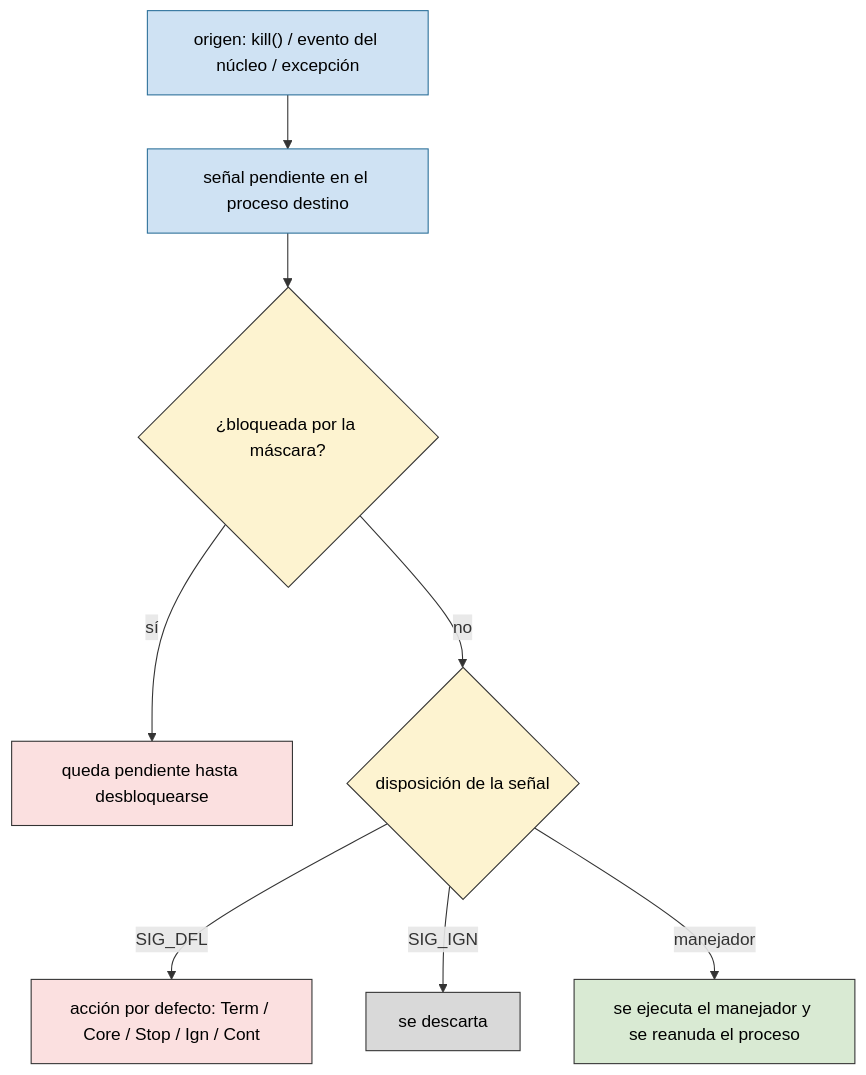
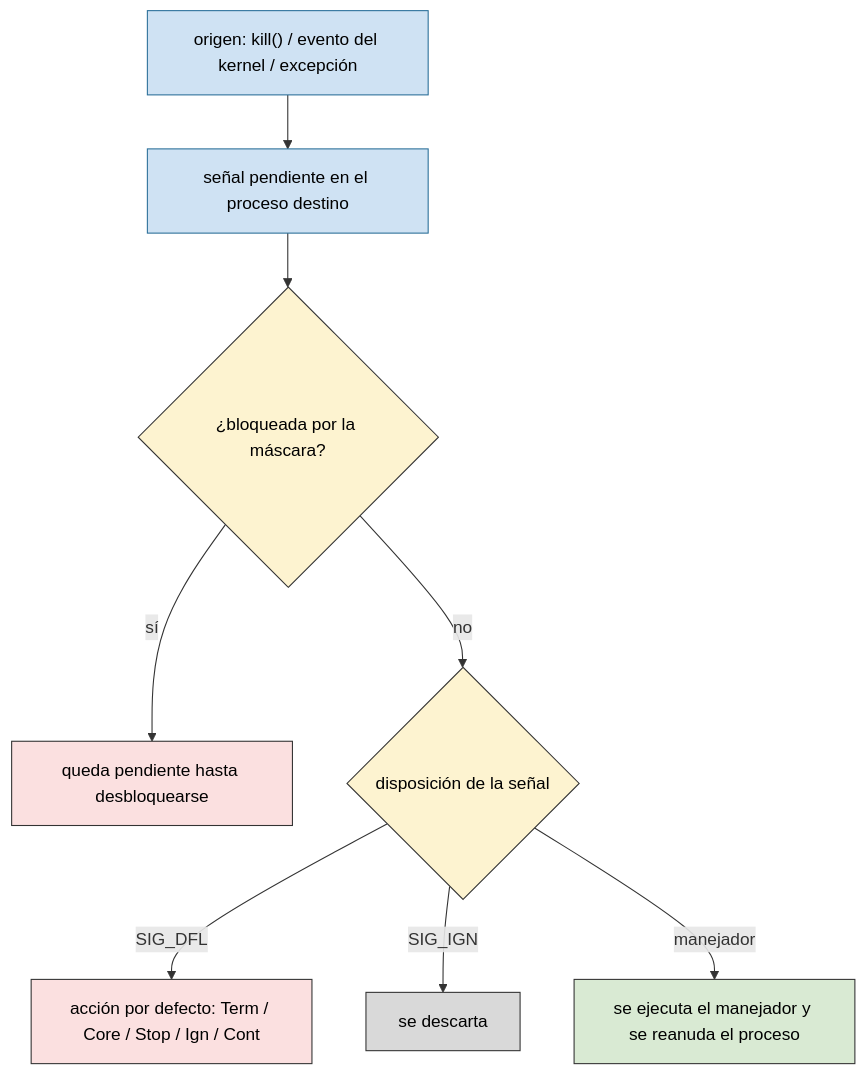
The second of 5 diagrams in TEORIA/08-ipc-senales/README.md (asiermarzo/ssoo), drawn with Mermaid before and after one commit. The commit also changed other lines of this file and 18 other files, not shown here.

````diff
--- a/TEORIA/08-ipc-senales/README.md
+++ b/TEORIA/08-ipc-senales/README.md
@@ -34,21 +34,21 @@
 ```mermaid
 flowchart TD
-    SRC["origen: kill() / evento del núcleo / excepción"] --> PEND["señal pendiente en el proceso destino"]
+    SRC["origen: kill() / evento del kernel / excepción"] --> PEND["señal pendiente en el proceso destino"]
     PEND --> M{"¿bloqueada por la máscara?"}
     M -->|sí| WAIT["queda pendiente hasta desbloquearse"]
     M -->|no| DISP{"disposición de la señal"}
     DISP -->|SIG_DFL| DEF["acción por defecto: Term / Core / Stop / Ign / Cont"]
     DISP -->|SIG_IGN| IGN["se descarta"]
     DISP -->|manejador| H["se ejecuta el manejador y se reanuda el proceso"]
 
     classDef origen fill:#cfe2f3,stroke:#2b6f99,color:#000;
     classDef decision fill:#fdf3d0,stroke:#333,color:#000;
     classDef bloqueada fill:#fbe0e0,stroke:#333,color:#000;
     classDef ok fill:#d9ead3,stroke:#333,color:#000;
     classDef neutro fill:#d9d9d9,stroke:#333,color:#000;
     class SRC,PEND origen;
     class M,DISP decision;
     class WAIT,DEF bloqueada;
     class H ok;
     class IGN neutro;
 ```
````
